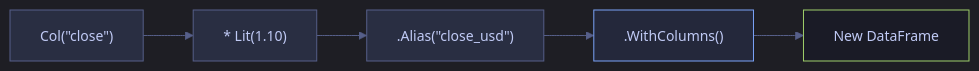
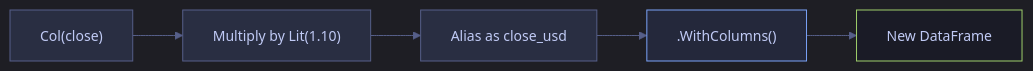
The diagram in content/03-Dataframes/Dataframes-CSharp/03_cs_transforms_expressions.md (alp78/elysium), drawn with Mermaid before and after one commit. The commit also changed other lines of this file and 8 other files, not shown here.

````diff
--- a/content/03-Dataframes/Dataframes-CSharp/03_cs_transforms_expressions.md
+++ b/content/03-Dataframes/Dataframes-CSharp/03_cs_transforms_expressions.md
@@ -283,24 +283,24 @@
 ```mermaid
 %%{init: {'theme': 'dark', 'themeVariables': {
   'primaryColor': '#292e42',
   'primaryTextColor': '#c0caf5',
   'primaryBorderColor': '#565f89',
   'lineColor': '#565f89',
   'secondaryColor': '#1a1b26',
   'tertiaryColor': '#24283b',
   'noteTextColor': '#c0caf5',
   'noteBkgColor': '#292e42',
   'textColor': '#c0caf5',
   'fontSize': '14px'
 }}}%%
 flowchart LR
-    A["Col(&quot;close&quot;)"] --> B["* Lit(1.10)"]
-    B --> C[".Alias(&quot;close_usd&quot;)"]
+    A["Col(close)"] --> B["Multiply by Lit(1.10)"]
+    B --> C["Alias as close_usd"]
     C --> D[".WithColumns()"]
     D --> E["New DataFrame"]
     style A fill:#292e42,stroke:#565f89,color:#c0caf5
     style B fill:#292e42,stroke:#565f89,color:#c0caf5
     style C fill:#292e42,stroke:#565f89,color:#c0caf5
     style D fill:#24283b,stroke:#7aa2f7,color:#c0caf5
     style E fill:#1a1b26,stroke:#9ece6a,color:#c0caf5
 ```
````
